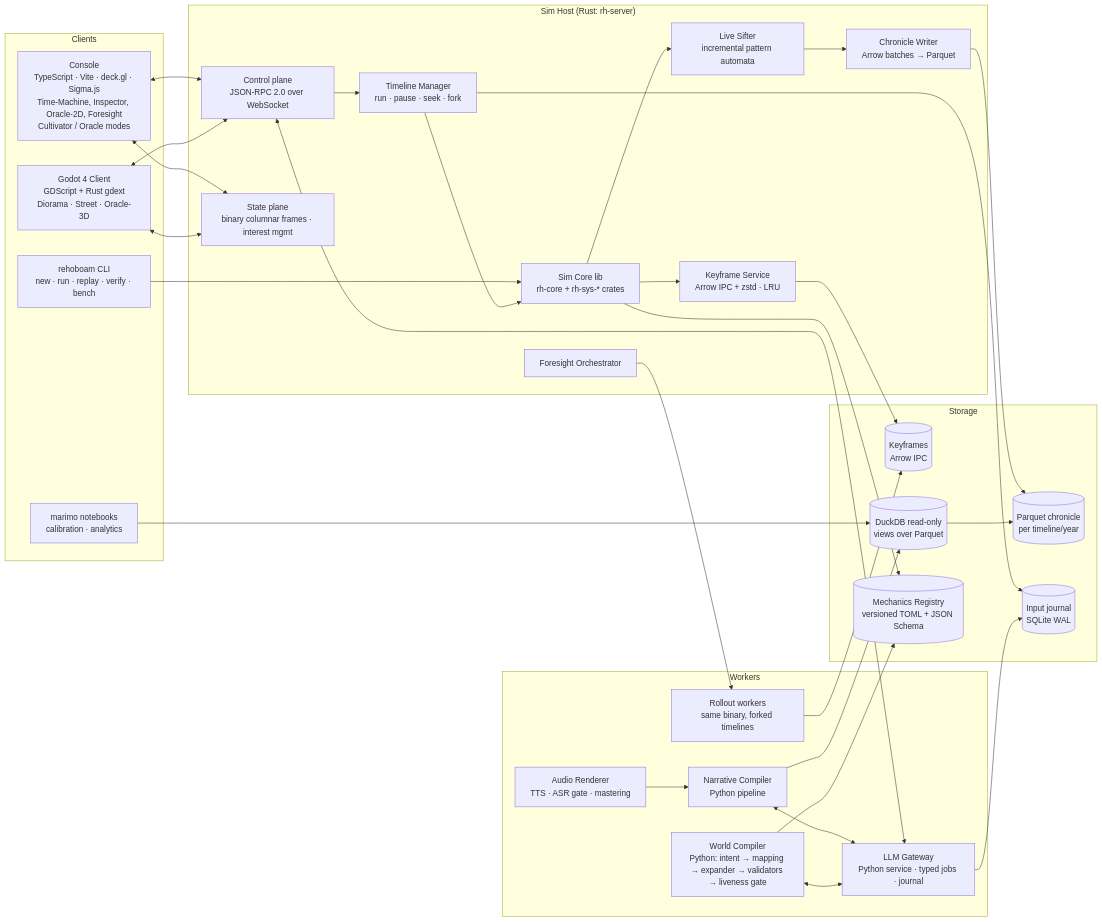
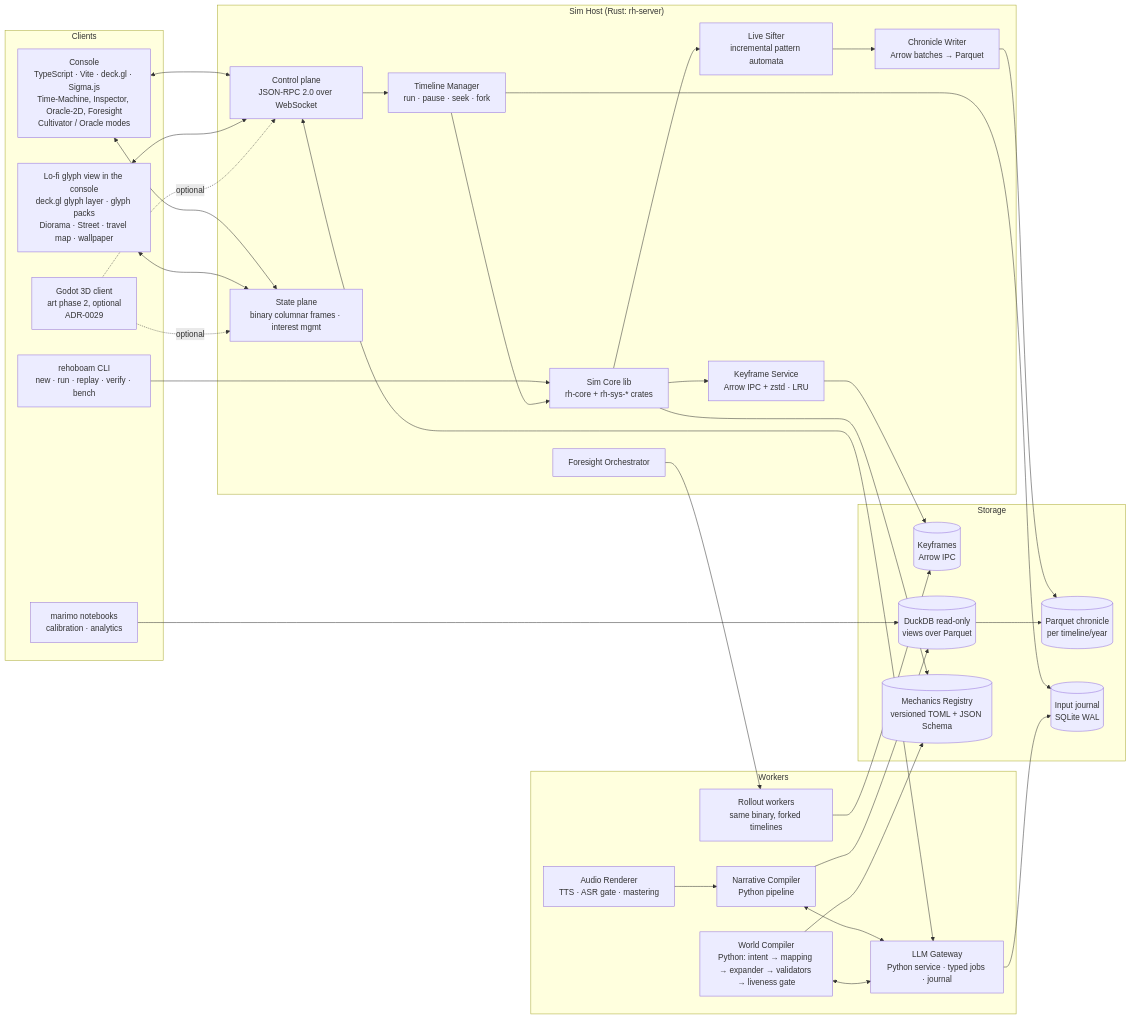
One commit to BigRigVibeCoder/Rehoboam changed the second of 3 diagrams in docs/05_architecture/05.0_overview.md. Above: the diagram before and after it, drawn with Mermaid. The commit also changed other lines of this file, not shown here.

Commit message:
05.0: lo-fi glyph view as the first client; Godot 3D marked optional
Claude-Session: https://claude.ai/code/session_01MunaT4cyrv7JDJxFGRMixK

````diff
--- a/docs/05_architecture/05.0_overview.md
+++ b/docs/05_architecture/05.0_overview.md
@@ -68,54 +68,57 @@
 ```mermaid
 flowchart LR
   subgraph Clients
     CON[Console<br/>TypeScript · Vite · deck.gl · Sigma.js<br/>Time-Machine, Inspector, Oracle-2D, Foresight<br/>Cultivator / Oracle modes]
-    GOD[Godot 4 Client<br/>GDScript + Rust gdext<br/>Diorama · Street · Oracle-3D]
+    GLY[Lo-fi glyph view in the console<br/>deck.gl glyph layer · glyph packs<br/>Diorama · Street · travel map · wallpaper]
+    GOD[Godot 3D client<br/>art phase 2, optional<br/>ADR-0029]
     CLI[rehoboam CLI<br/>new · run · replay · verify · bench]
     NB[marimo notebooks<br/>calibration · analytics]
   end
   subgraph Host["Sim Host (Rust: rh-server)"]
     API[Control plane<br/>JSON-RPC 2.0 over WebSocket]
     STR[State plane<br/>binary columnar frames · interest mgmt]
     TL[Timeline Manager<br/>run · pause · seek · fork]
     CORE[Sim Core lib<br/>rh-core + rh-sys-* crates]
     SIFT[Live Sifter<br/>incremental pattern automata]
     CW[Chronicle Writer<br/>Arrow batches → Parquet]
     KF[Keyframe Service<br/>Arrow IPC + zstd · LRU]
     FS[Foresight Orchestrator]
   end
   subgraph Workers
     RW[Rollout workers<br/>same binary, forked timelines]
     LG[LLM Gateway<br/>Python service · typed jobs · journal]
     NC[Narrative Compiler<br/>Python pipeline]
     WC[World Compiler<br/>Python: intent → mapping → expander → validators → liveness gate]
     AR[Audio Renderer<br/>TTS · ASR gate · mastering]
   end
   subgraph Storage
     PQ[(Parquet chronicle<br/>per timeline/year)]
     KFS[(Keyframes<br/>Arrow IPC)]
     JR[(Input journal<br/>SQLite WAL)]
     DDB[(DuckDB read-only<br/>views over Parquet)]
     REG[(Mechanics Registry<br/>versioned TOML + JSON Schema)]
   end
   CON <--> API
   CON <--> STR
-  GOD <--> API
-  GOD <--> STR
+  GLY <--> API
+  GLY <--> STR
+  GOD -.optional.-> API
+  GOD -.optional.-> STR
   CLI --> CORE
   NB --> DDB
   API --> TL --> CORE
   CORE --> SIFT --> CW --> PQ
   CORE --> KF --> KFS
   TL --> JR
   FS --> RW
   RW --> KFS
   API <--> LG
   LG --> JR
   NC --> DDB
   NC <--> LG
   WC <--> LG
   WC --> REG
   CORE --> REG
   AR --> NC
   DDB --> PQ
 ```
````
